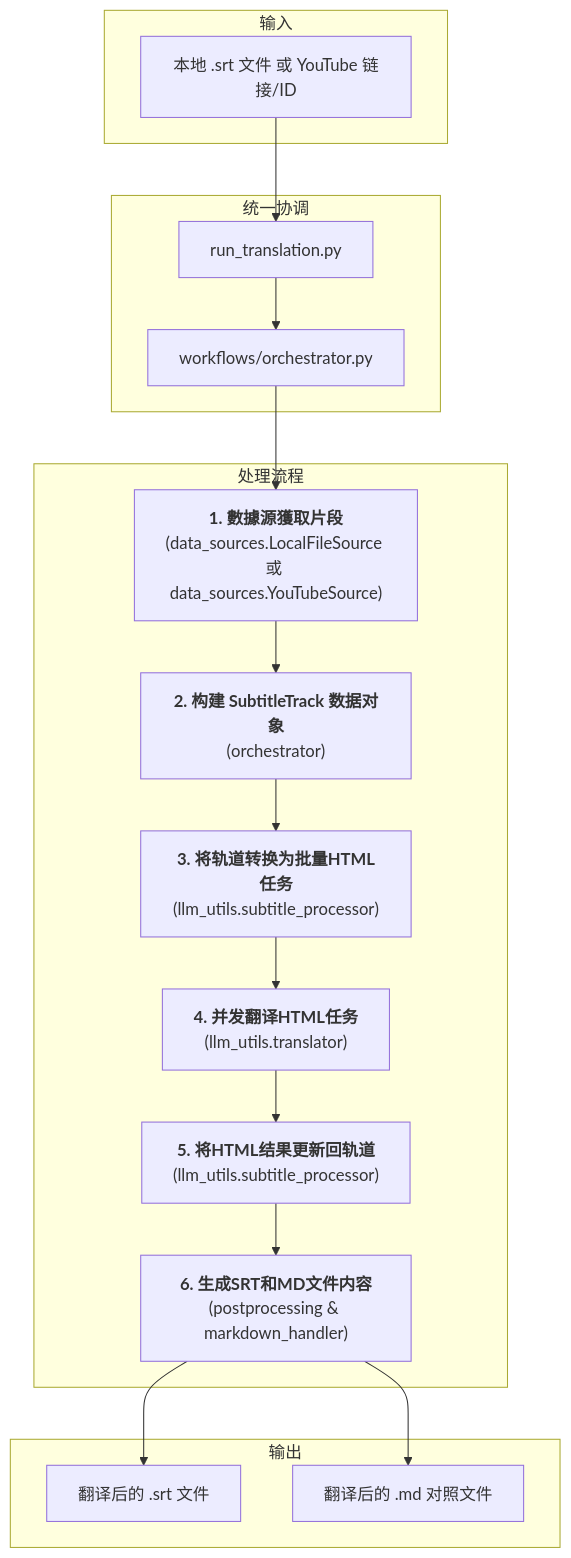
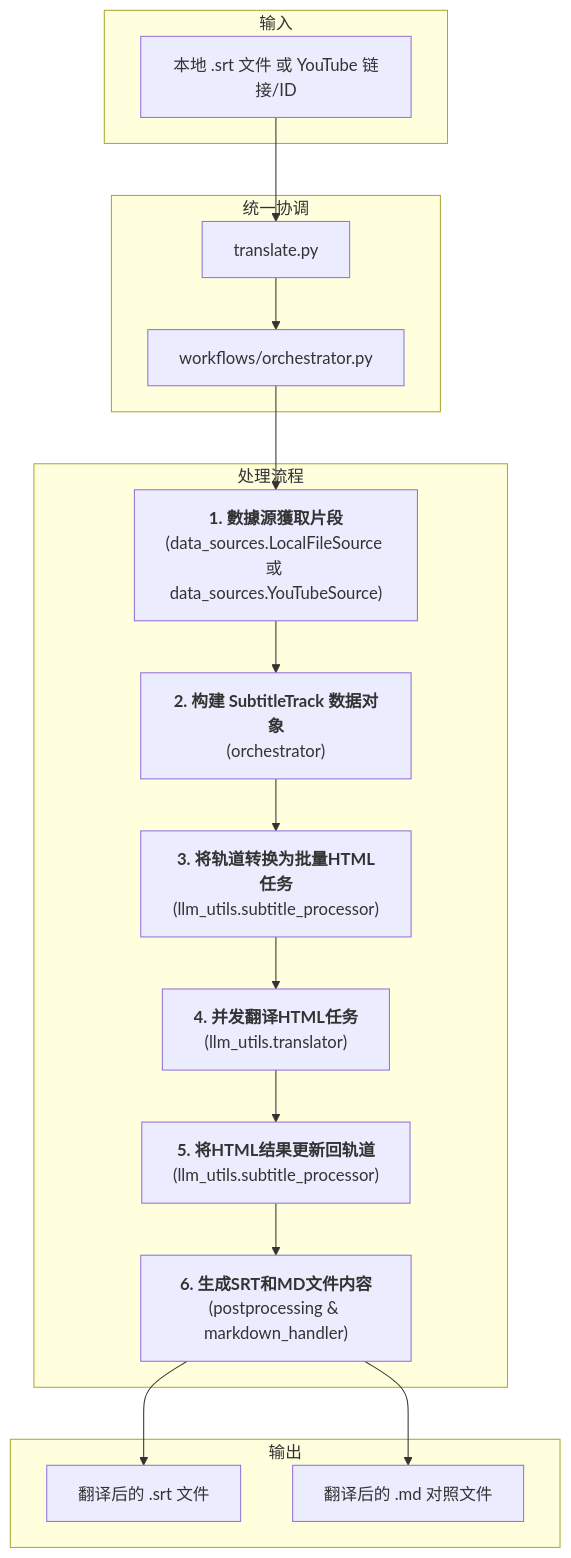
The diagram in docs/subtitle_translation_workflow.md (kuniyao/MultiMediaGenAI), drawn with Mermaid before and after one commit. The commit also changed other lines of this file and 14 other files, not shown here.

````diff
--- a/docs/subtitle_translation_workflow.md
+++ b/docs/subtitle_translation_workflow.md
@@ -15,28 +15,28 @@
 ```mermaid
 graph TD;
     subgraph Input [输入]
         A[本地 .srt 文件 或 YouTube 链接/ID]
     end
 
     subgraph Orchestration [统一协调]
-        O1[run_translation.py]
+        O1[translate.py]
         O2[workflows/orchestrator.py]
     end
 
     subgraph Processing [处理流程]
         B["<b>1. 數據源獲取片段</b><br>(data_sources.LocalFileSource 或 data_sources.YouTubeSource)"]
         C["<b>2. 构建 SubtitleTrack 数据对象</b><br>(orchestrator)"]
         D["<b>3. 将轨道转换为批量HTML任务</b><br>(llm_utils.subtitle_processor)"]
         E["<b>4. 并发翻译HTML任务</b><br>(llm_utils.translator)"]
         F["<b>5. 将HTML结果更新回轨道</b><br>(llm_utils.subtitle_processor)"]
         G["<b>6. 生成SRT和MD文件内容</b><br>(postprocessing & markdown_handler)"]
     end
 
     subgraph Output [输出]
         H1[翻译后的 .srt 文件]
         H2[翻译后的 .md 对照文件]
     end
 
     A --> O1 --> O2 --> B --> C --> D --> E --> F --> G;
     G --> H1 & H2;
 ```
````
